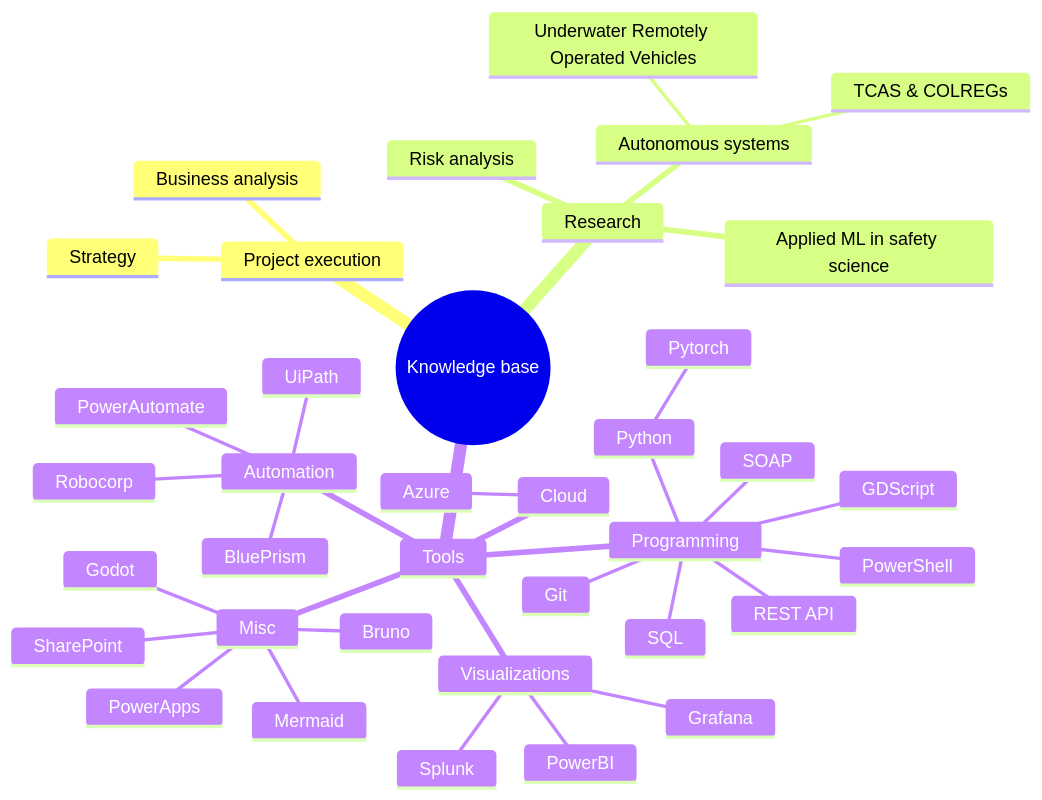
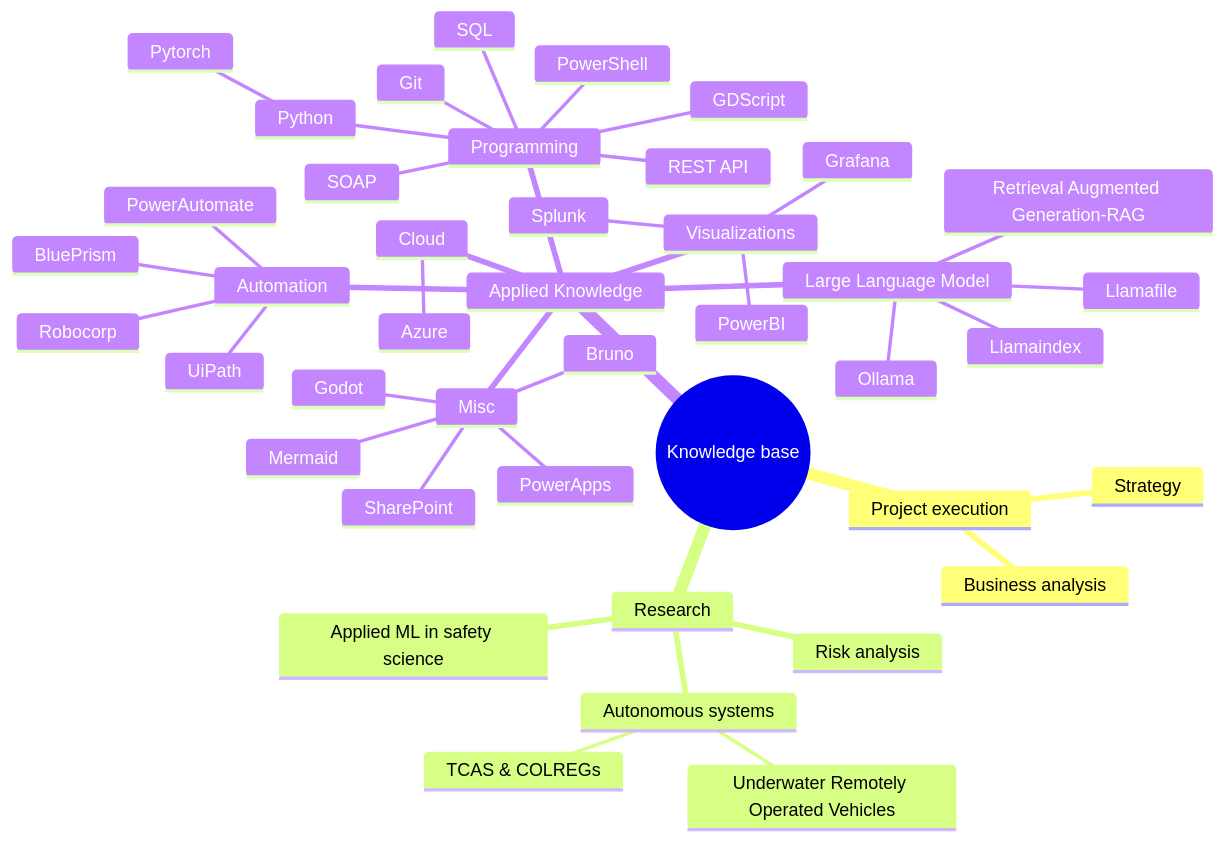
One commit to jeev20/jeev20.github.io changed the diagram in _tabs/about.md. Above: the diagram before and after it, drawn with Mermaid. The commit also changed 3 other files, not shown here.

````diff
--- a/_tabs/about.md
+++ b/_tabs/about.md
@@ -19,42 +19,47 @@
 ```mermaid
 mindmap
   root((Knowledge base))
     Project execution
         Business analysis
         Strategy
     Research
       Risk analysis
       Autonomous systems
         Underwater Remotely Operated Vehicles
         TCAS & COLREGs
       Applied ML in safety science
-    Tools
+    Applied Knowledge
       Cloud
         Azure
       Automation
         UiPath
         PowerAutomate
         BluePrism
         Robocorp
       Misc
         Mermaid
         SharePoint
         PowerApps
         Godot
         Bruno
       Programming
         Python
          Pytorch
         SQL
         PowerShell
         Git
         GDScript
         REST API
         SOAP
       Visualizations
         Splunk
         PowerBI
         Grafana
+      Large Language Model
+        Llamafile
+        Ollama
+        Llamaindex
+        Retrieval Augmented Generation-RAG
       
       
 ```
````
